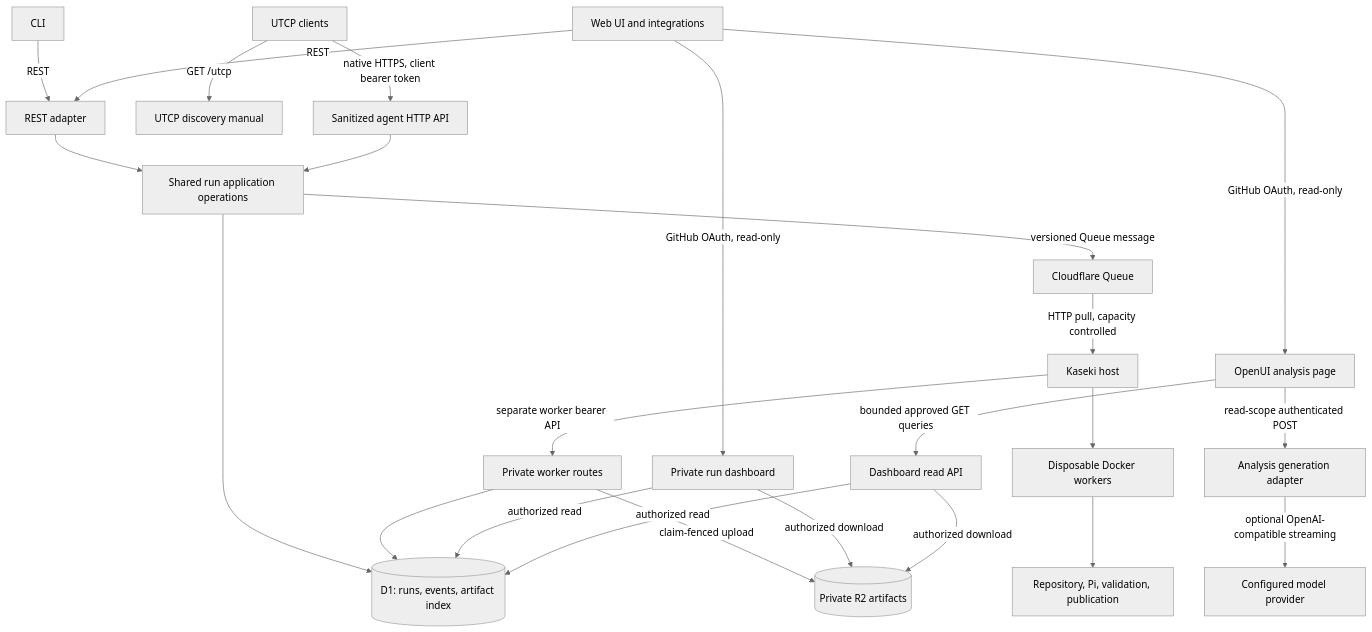
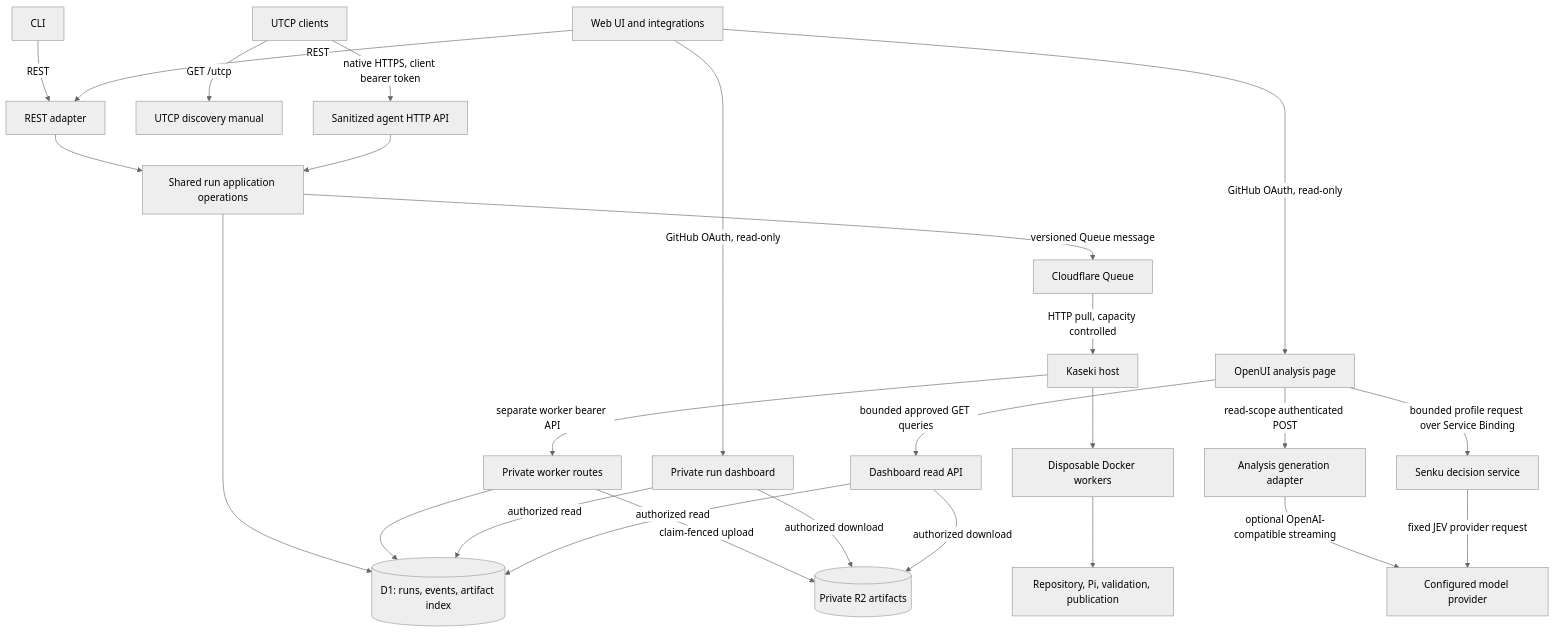
The first of 2 diagrams in docs/ARCHITECTURE.md (CyanAutomation/soyuz), drawn with Mermaid (neutral theme) before and after one commit. The commit also changed other lines of this file and 25 other files, not shown here.

````diff
--- a/docs/ARCHITECTURE.md
+++ b/docs/ARCHITECTURE.md
@@ -3,26 +3,28 @@
 ```mermaid
 flowchart TD
     CLI[CLI] -->|REST| REST[REST adapter]
     UI[Web UI and integrations] -->|REST| REST
     UI -->|GitHub OAuth, read-only| Dashboard[Private run dashboard]
     UI -->|GitHub OAuth, read-only| Analysis[OpenUI analysis page]
     Analysis -->|bounded approved GET queries| DashboardApi[Dashboard read API]
     Analysis -->|read-scope authenticated POST| Generation[Analysis generation adapter]
     Generation -->|optional OpenAI-compatible streaming| Provider[Configured model provider]
+    Analysis -->|bounded profile request over Service Binding| Senku[Senku decision service]
+    Senku -->|fixed JEV provider request| Provider
     AI[UTCP clients] -->|GET /utcp| Manual[UTCP discovery manual]
     AI -->|native HTTPS, client bearer token| AgentApi[Sanitized agent HTTP API]
     REST --> App[Shared run application operations]
     AgentApi --> App
     App --> D1[(D1: runs, events, artifact index)]
     App -->|versioned Queue message| Q[Cloudflare Queue]
     Q -->|HTTP pull, capacity controlled| K[Kaseki host]
     K -->|separate worker bearer API| Worker[Private worker routes]
     Worker --> D1
     Worker -->|claim-fenced upload| R2[(Private R2 artifacts)]
     Dashboard -->|authorized read| D1
     Dashboard -->|authorized download| R2
     DashboardApi -->|authorized read| D1
     DashboardApi -->|authorized download| R2
     K --> Docker[Disposable Docker workers]
     Docker --> Repo[Repository, Pi, validation, publication]
 ```
````
